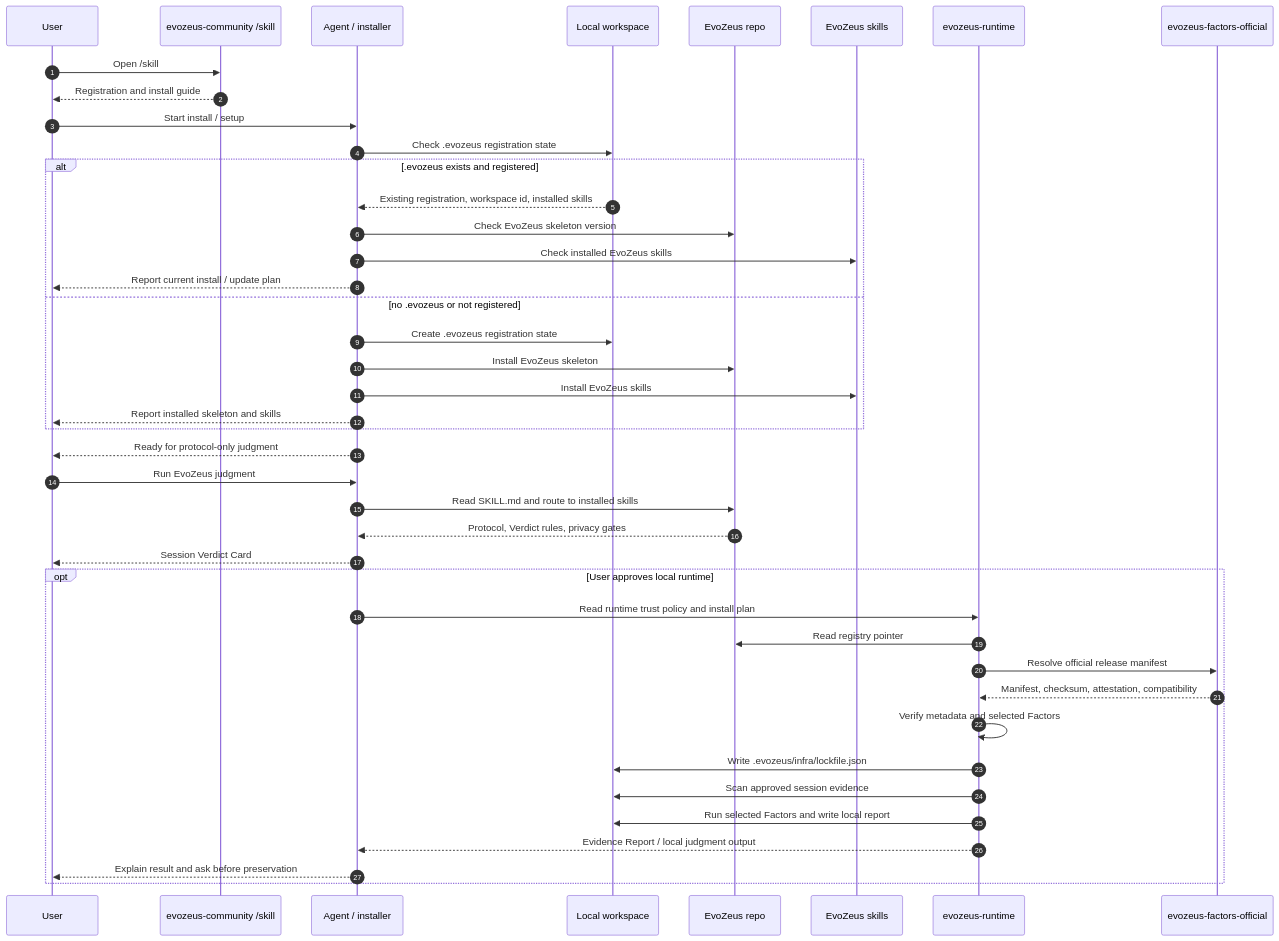
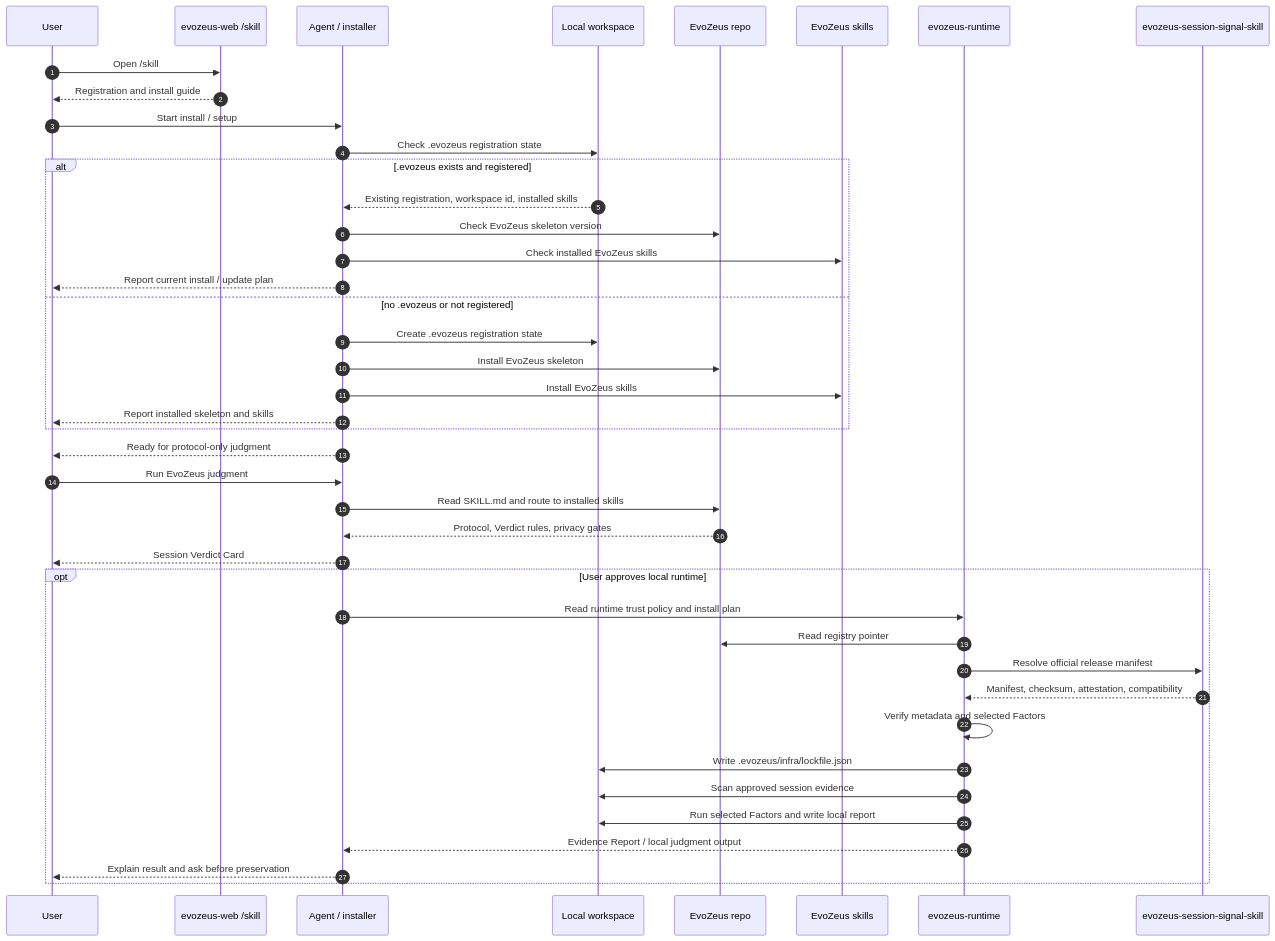
Before and after one commit to MetaInFLow/EvoZeus: the diagram in README.md, drawn with Mermaid. The commit also changed other lines of this file and 19 other files, not shown here.

Commit message:
align session signal governance docs

````diff
--- a/README.md
+++ b/README.md
@@ -47,48 +47,48 @@
 ```mermaid
 sequenceDiagram
   autonumber
   participant User
-  participant Community as evozeus-community /skill
+  participant Community as evozeus-web /skill
   participant Installer as Agent / installer
   participant Local as Local workspace
   participant Main as EvoZeus repo
   participant Skills as EvoZeus skills
   participant Runtime as evozeus-runtime
-  participant Official as evozeus-factors-official
+  participant Official as evozeus-session-signal-skill
 
   User->>Community: Open /skill
   Community-->>User: Registration and install guide
   User->>Installer: Start install / setup
   Installer->>Local: Check .evozeus registration state
 
   alt .evozeus exists and registered
     Local-->>Installer: Existing registration, workspace id, installed skills
     Installer->>Main: Check EvoZeus skeleton version
     Installer->>Skills: Check installed EvoZeus skills
     Installer-->>User: Report current install / update plan
   else no .evozeus or not registered
     Installer->>Local: Create .evozeus registration state
     Installer->>Main: Install EvoZeus skeleton
     Installer->>Skills: Install EvoZeus skills
     Installer-->>User: Report installed skeleton and skills
   end
 
   Installer-->>User: Ready for protocol-only judgment
   User->>Installer: Run EvoZeus judgment
   Installer->>Main: Read SKILL.md and route to installed skills
   Main-->>Installer: Protocol, Verdict rules, privacy gates
   Installer-->>User: Session Verdict Card
 
   opt User approves local runtime
     Installer->>Runtime: Read runtime trust policy and install plan
     Runtime->>Main: Read registry pointer
     Runtime->>Official: Resolve official release manifest
     Official-->>Runtime: Manifest, checksum, attestation, compatibility
     Runtime->>Runtime: Verify metadata and selected Factors
     Runtime->>Local: Write .evozeus/infra/lockfile.json
     Runtime->>Local: Scan approved session evidence
     Runtime->>Local: Run selected Factors and write local report
     Runtime-->>Installer: Evidence Report / local judgment output
     Installer-->>User: Explain result and ask before preservation
   end
 ```
````
